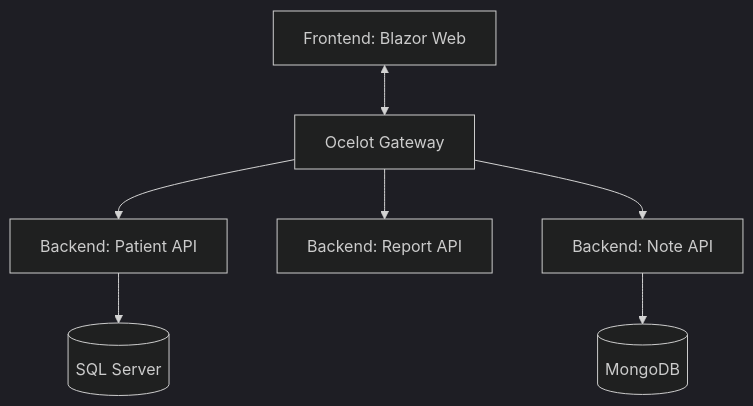
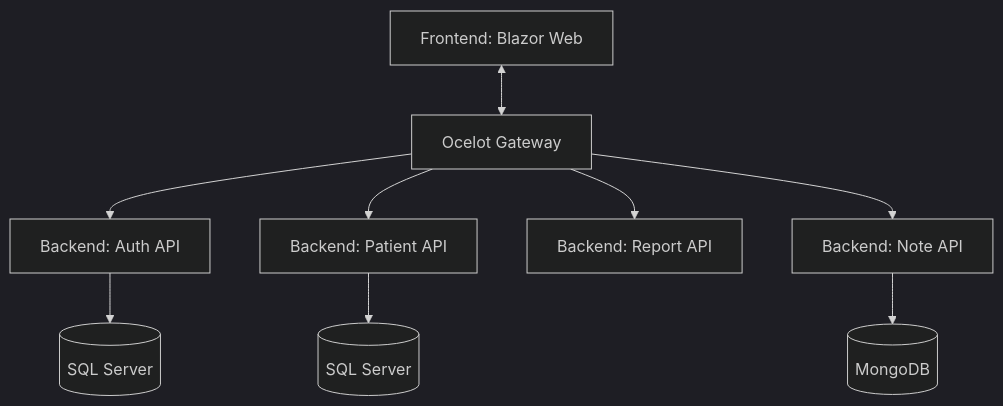
Before and after one commit to bpodwinski/DotNetprojet10: the diagram in README.md, drawn with Mermaid (dark theme).

````diff
--- a/README.md
+++ b/README.md
@@ -2,9 +2,11 @@
 ```mermaid
 	graph TD;
+	Ocelot[Ocelot Gateway]  -->  AuthService[Backend: Auth API]
 	Ocelot[Ocelot Gateway]  -->  PatientService[Backend: Patient API]
 	Ocelot  -->  ReportService[Backend: Report API]
 	Ocelot  -->  NoteService[Backend: Note API]
-	PatientService  -->  SQL[(SQL Server)]
-	NoteService  -->  MongoDB[(MongoDB)]
+	AuthService  -->  DbAuth[(SQL Server)]
+	PatientService  -->  DbPatient[(SQL Server)]
+	NoteService  -->  DbNote[(MongoDB)]
 	Client[Frontend: Blazor Web]  <-->  Ocelot
 ```
````
